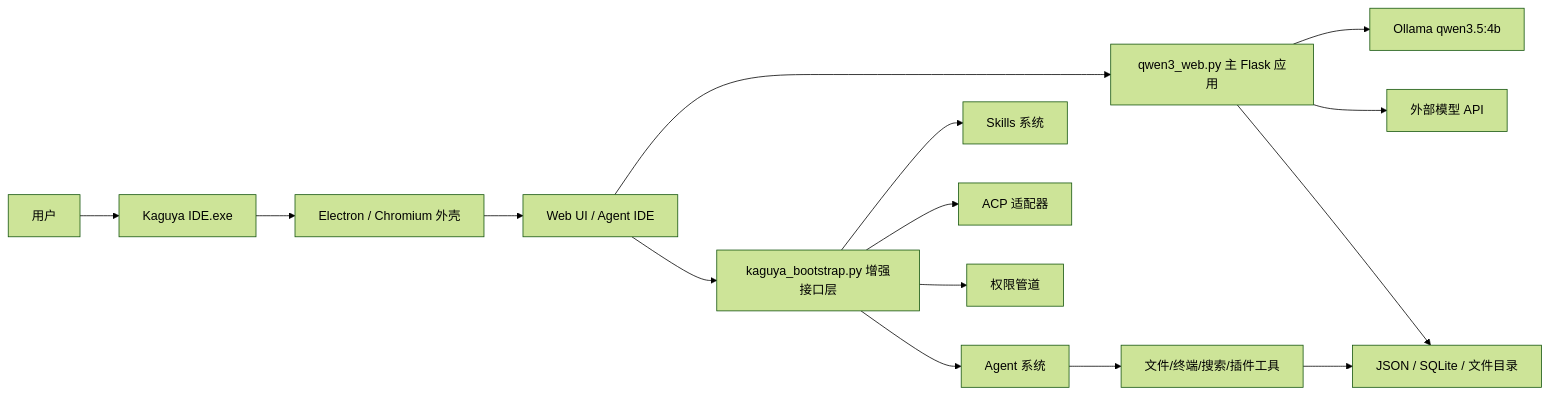
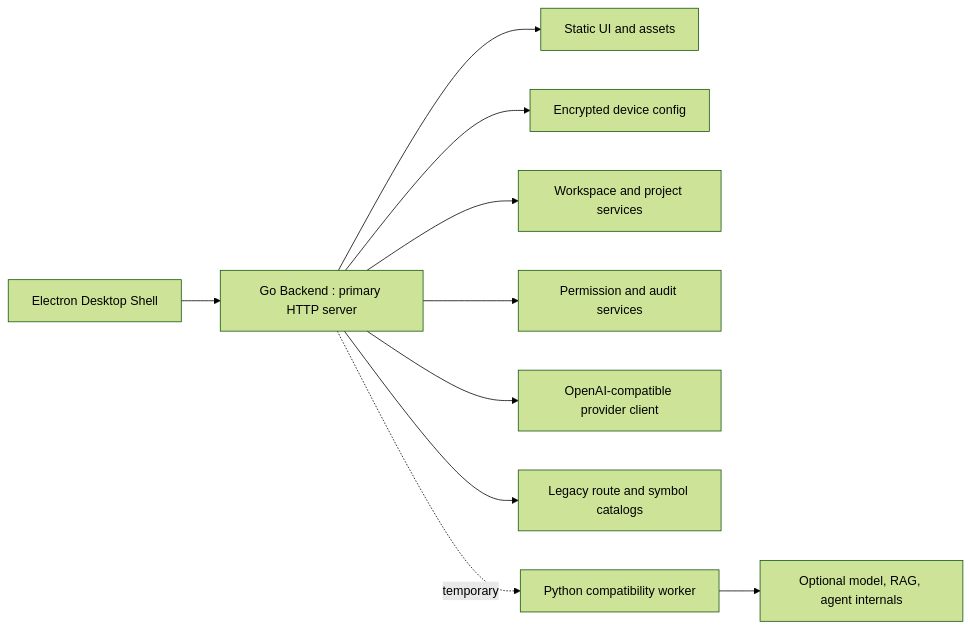
Before and after one commit to MouFush/Kaguya: the diagram in README.md, drawn with Mermaid (forest theme). The commit also changed other lines of this file and 18 other files, not shown here.

````diff
--- a/README.md
+++ b/README.md
@@ -57,17 +50,12 @@
 ```mermaid
 flowchart LR
-    User["用户"] --> Exe["Kaguya IDE.exe"]
-    Exe --> Electron["Electron / Chromium 外壳"]
-    Electron --> WebUI["Web UI / Agent IDE"]
-    WebUI --> FlaskMain["qwen3_web.py 主 Flask 应用"]
-    WebUI --> Bootstrap["kaguya_bootstrap.py 增强接口层"]
-    FlaskMain --> Ollama["Ollama qwen3.5:4b"]
-    FlaskMain --> ExternalAPI["外部模型 API"]
-    FlaskMain --> DataDirs["JSON / SQLite / 文件目录"]
-    Bootstrap --> Agents["Agent 系统"]
-    Bootstrap --> Skills["Skills 系统"]
-    Bootstrap --> ACP["ACP 适配器"]
-    Bootstrap --> Permission["权限管道"]
-    Agents --> Tools["文件/终端/搜索/插件工具"]
-    Tools --> DataDirs
+    Electron["Electron Desktop Shell"] --> Go["Go Backend : primary HTTP server"]
+    Go --> Static["Static UI and assets"]
+    Go --> Vault["Encrypted device config"]
+    Go --> Workspace["Workspace and project services"]
+    Go --> Permission["Permission and audit services"]
+    Go --> Provider["OpenAI-compatible provider client"]
+    Go --> Catalog["Legacy route and symbol catalogs"]
+    Go -. temporary .-> Python["Python compatibility worker"]
+    Python --> Optional["Optional model, RAG, agent internals"]
 ```
````
